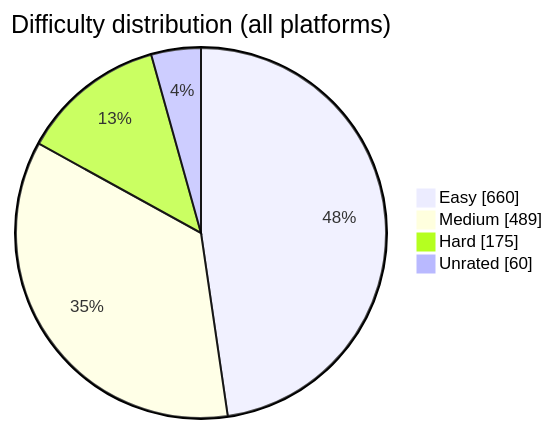
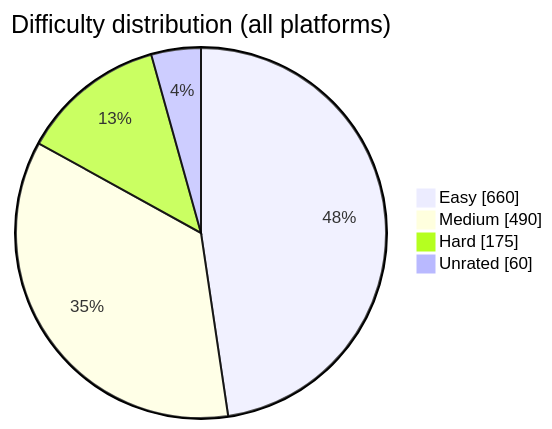
One commit to BuildbyArindam/Daily-Coding-Log changed the diagram in README.md. Above: the diagram before and after it, drawn with Mermaid. The commit also changed other lines of this file, not shown here.

````diff
--- a/README.md
+++ b/README.md
@@ -93,7 +93,7 @@
 ```mermaid
 pie showData title Difficulty distribution (all platforms)
     "Easy" : 660
-    "Medium" : 489
+    "Medium" : 490
     "Hard" : 175
     "Unrated" : 60
 ```
````
